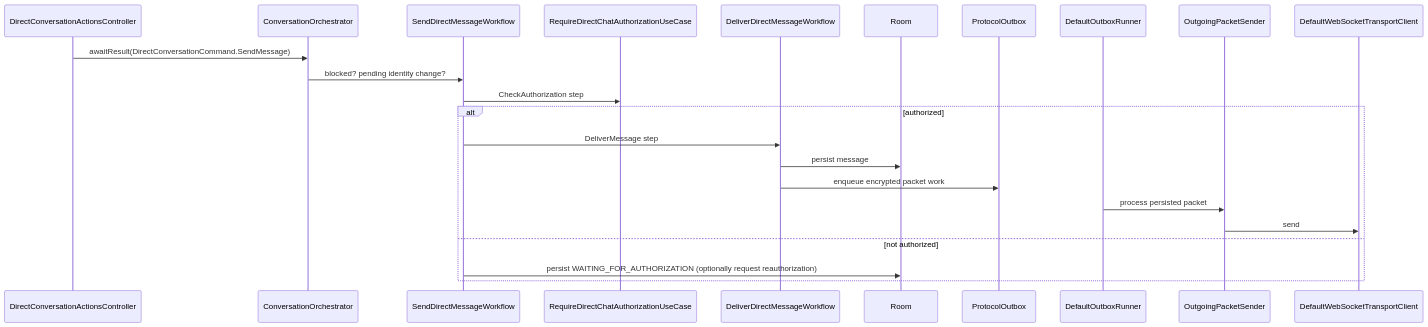
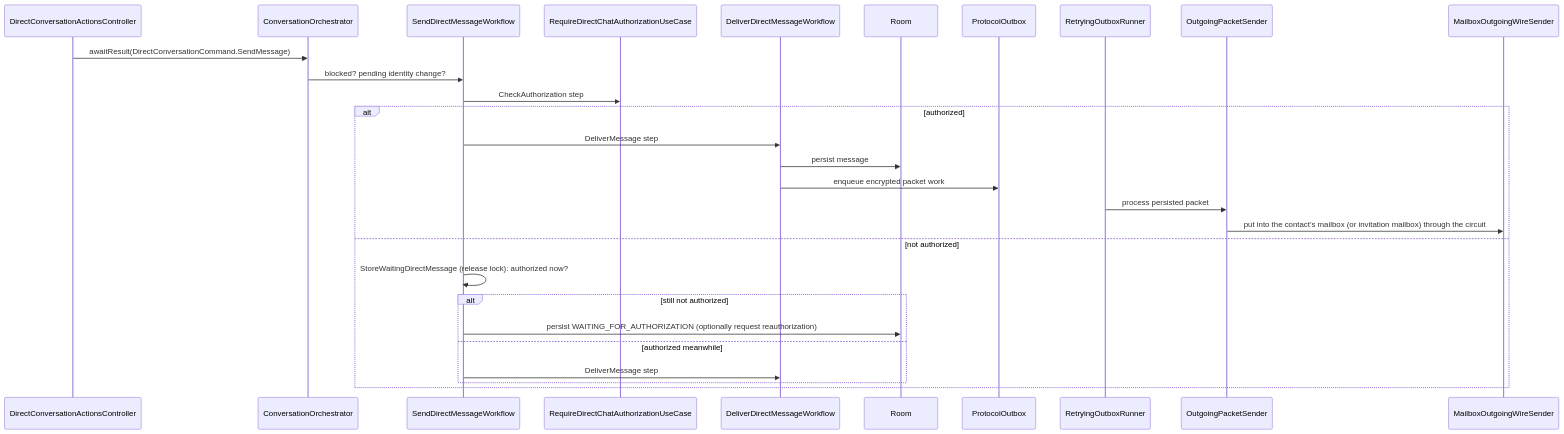
One commit to cbgm/Sparrow changed the first of 3 diagrams in docs/features/message-transport-flow.md. Above: the diagram before and after it, drawn with Mermaid. The commit also changed other lines of this file and 1796 other files, not shown here.

````diff
--- a/docs/features/message-transport-flow.md
+++ b/docs/features/message-transport-flow.md
@@ -7,26 +7,31 @@
 ```mermaid
 sequenceDiagram
     participant VM as DirectConversationActionsController
     participant ORCH as ConversationOrchestrator
     participant WF as SendDirectMessageWorkflow
     participant AUTH as RequireDirectChatAuthorizationUseCase
     participant DEL as DeliverDirectMessageWorkflow
     participant DB as Room
     participant OUT as ProtocolOutbox
-    participant RUN as DefaultOutboxRunner
+    participant RUN as RetryingOutboxRunner
     participant SEND as OutgoingPacketSender
-    participant WS as DefaultWebSocketTransportClient
+    participant MB as MailboxOutgoingWireSender
 
     VM->>ORCH: awaitResult(DirectConversationCommand.SendMessage)
     ORCH->>WF: blocked? pending identity change?
     WF->>AUTH: CheckAuthorization step
     alt authorized
         WF->>DEL: DeliverMessage step
         DEL->>DB: persist message
         DEL->>OUT: enqueue encrypted packet work
         RUN->>SEND: process persisted packet
-        SEND->>WS: send
+        SEND->>MB: put into the contact's mailbox (or invitation mailbox) through the circuit
     else not authorized
-        WF->>DB: persist WAITING_FOR_AUTHORIZATION (optionally request reauthorization)
+        WF->>WF: StoreWaitingDirectMessage (release lock): authorized now?
+        alt still not authorized
+            WF->>DB: persist WAITING_FOR_AUTHORIZATION (optionally request reauthorization)
+        else authorized meanwhile
+            WF->>DEL: DeliverMessage step
+        end
     end
 ```
````
